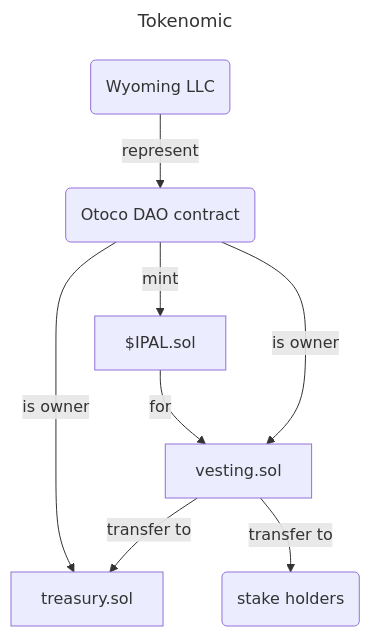
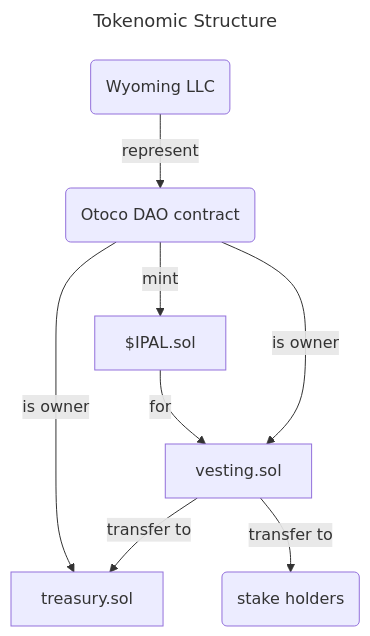
Before and after one commit to cromatikap/ipal-contracts: the third of 4 diagrams in README.md, drawn with Mermaid. The commit also changed other lines of this file, not shown here.

````diff
--- a/README.md
+++ b/README.md
@@ -32,13 +149,13 @@
 ```mermaid
 ---
-title: Tokenomic
+title: Tokenomic Structure
 ---
 flowchart TD
     llc("Wyoming LLC") --"represent"--> otoco
     otoco(Otoco DAO contract) --"is owner"--> treasury.sol
     otoco --"mint"--> $IPAL.sol
     $IPAL.sol --"for"--> vesting.sol
     otoco --"is owner"--> vesting.sol
     vesting.sol --"transfer to"--> treasury.sol
     vesting.sol --"transfer to"--> stakeholders(stake holders)
 ```
````
